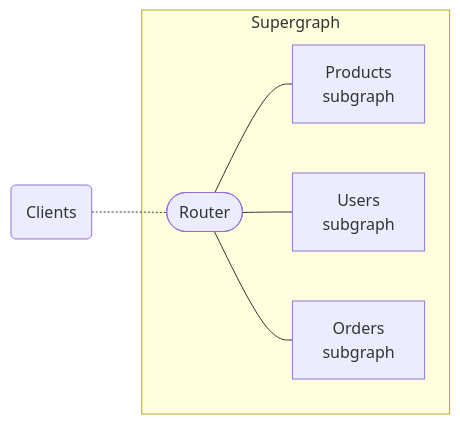
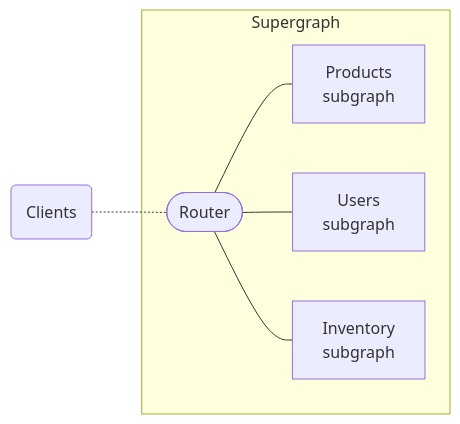
One commit to apollographql/federation changed the first of 2 diagrams in docs/source/quickstart.mdx. Above: the diagram before and after it, drawn with Mermaid. The commit also changed other lines of this file, not shown here.

````diff
--- a/docs/source/quickstart.mdx
+++ b/docs/source/quickstart.mdx
@@ -68,13 +69,13 @@
 ```mermaid
 graph LR;
   clients(Clients);
   subgraph Supergraph;
     router([Router]);
     serviceA[Products<br>subgraph];
     serviceB[Users<br>subgraph];
-    serviceC[Orders<br>subgraph];
+    serviceC[Inventory<br>subgraph];
     router --- serviceA & serviceB & serviceC;
   end;
   clients -.- router;
   class clients secondary;
 ```
````
